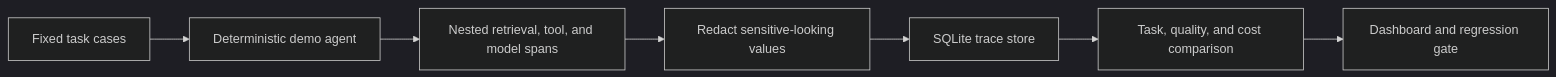
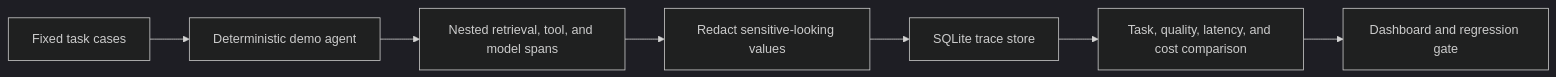
One commit to nihalmachhi/TraceForge changed the diagram in README.md. Above: the diagram before and after it, drawn with Mermaid (dark theme). The commit also changed other lines of this file and 3 other files, not shown here.

````diff
--- a/README.md
+++ b/README.md
@@ -15,9 +55,9 @@
 ```mermaid
 flowchart LR
   A[Fixed task cases] --> B[Deterministic demo agent]
   B --> C[Nested retrieval, tool, and model spans]
   C --> D[Redact sensitive-looking values]
   D --> E[SQLite trace store]
-  E --> F[Task, quality, and cost comparison]
+  E --> F[Task, quality, latency, and cost comparison]
   F --> G[Dashboard and regression gate]
 ```
````
